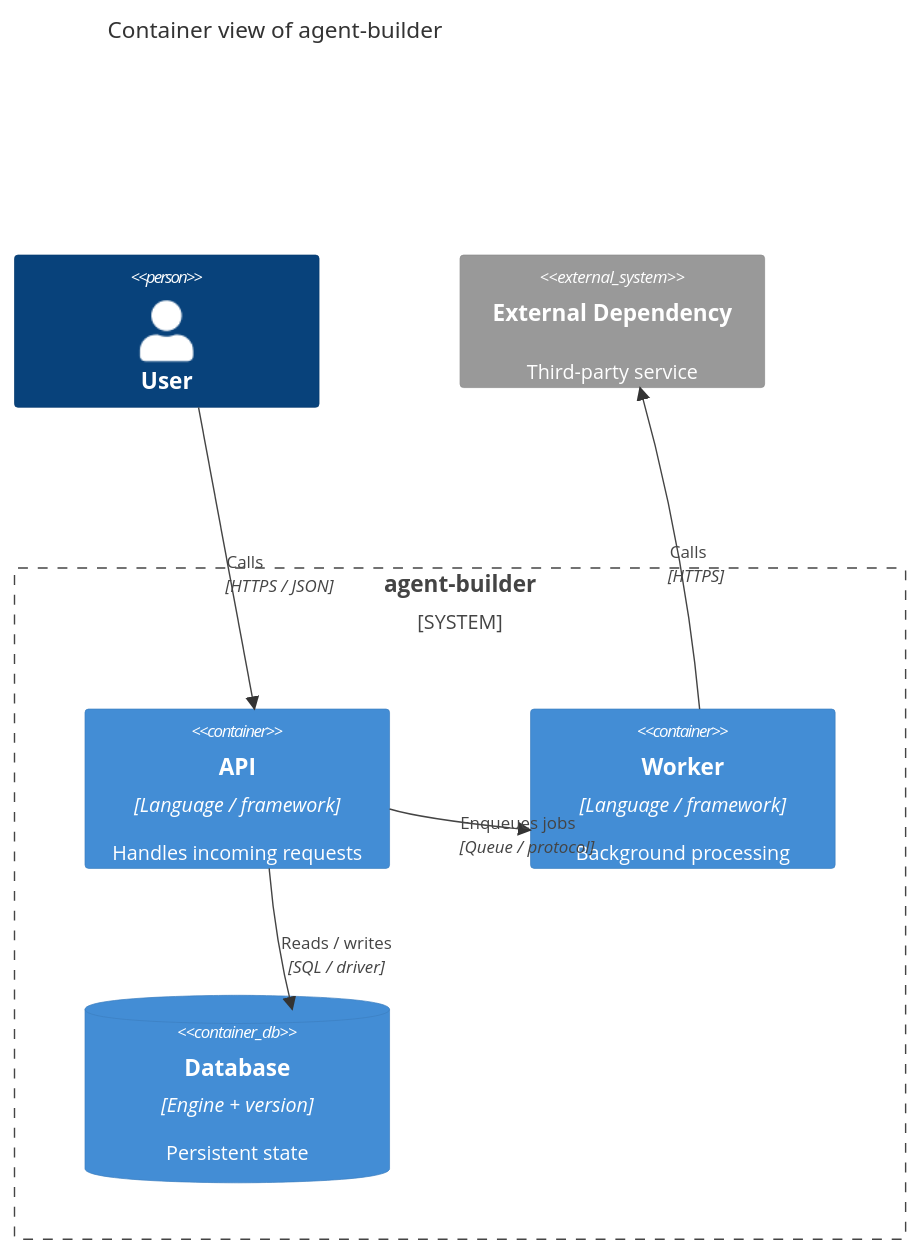
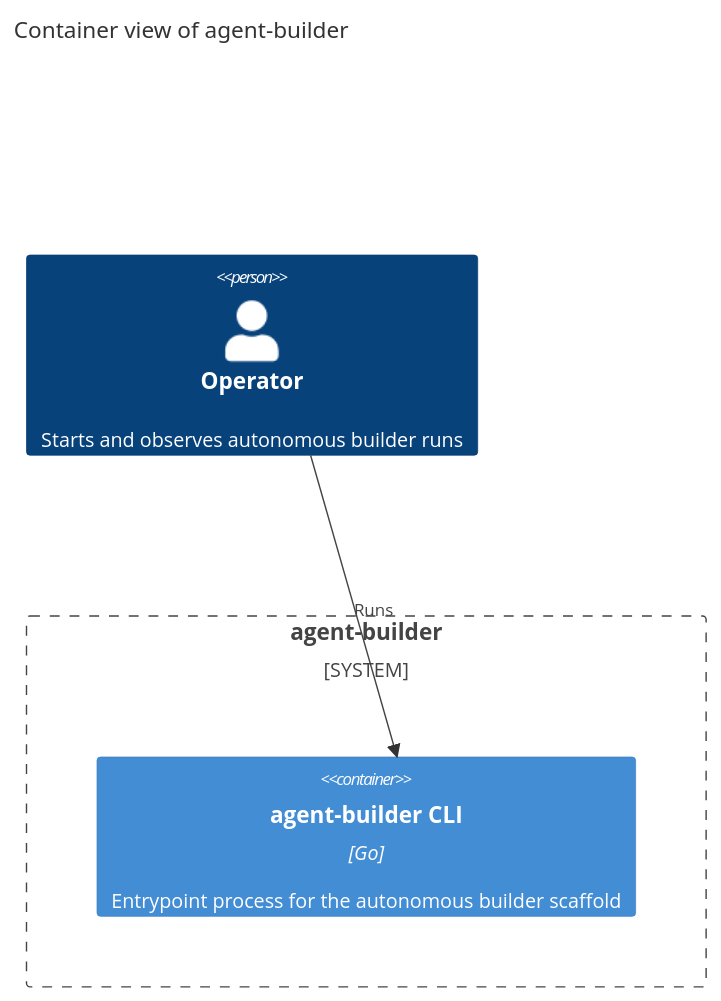
Before and after one commit to tkdtaylor/agent-builder: the second of 4 diagrams in docs/architecture/diagrams.md, drawn with Mermaid. The commit also changed other lines of this file and 9 other files, not shown here.

````diff
--- a/docs/architecture/diagrams.md
+++ b/docs/architecture/diagrams.md
@@ -38,19 +38,12 @@
 ```mermaid
 C4Container
     title Container view of agent-builder
 
-    Person(user, "User")
+    Person(operator, "Operator", "Starts and observes autonomous builder runs")
 
     System_Boundary(boundary, "agent-builder") {
-        Container(api, "API", "Language / framework", "Handles incoming requests")
-        Container(worker, "Worker", "Language / framework", "Background processing")
-        ContainerDb(db, "Database", "Engine + version", "Persistent state")
+        Container(cli, "agent-builder CLI", "Go", "Entrypoint process for the autonomous builder scaffold")
     }
 
-    System_Ext(extDep, "External Dependency", "Third-party service")
-
-    Rel(user, api, "Calls", "HTTPS / JSON")
-    Rel(api, db, "Reads / writes", "SQL / driver")
-    Rel(api, worker, "Enqueues jobs", "Queue / protocol")
-    Rel(worker, extDep, "Calls", "HTTPS")
+    Rel(operator, cli, "Runs")
 ```
````
